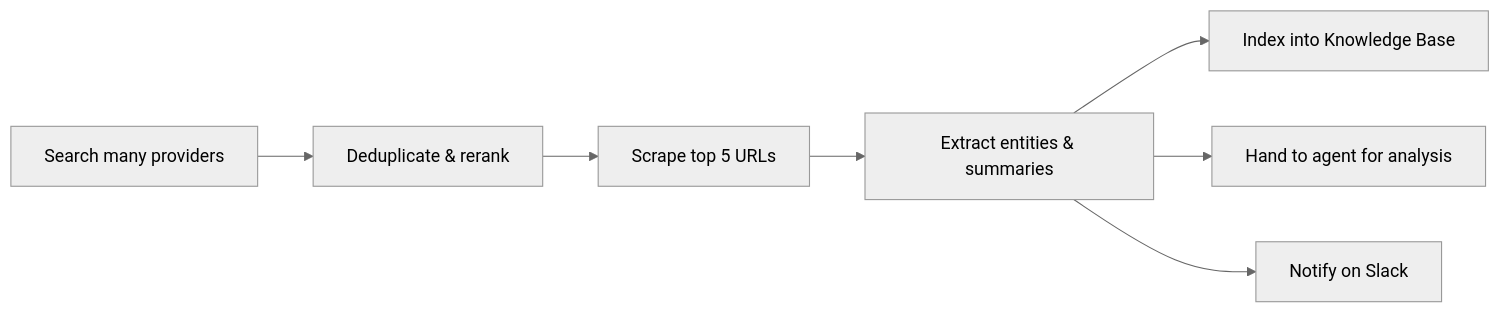
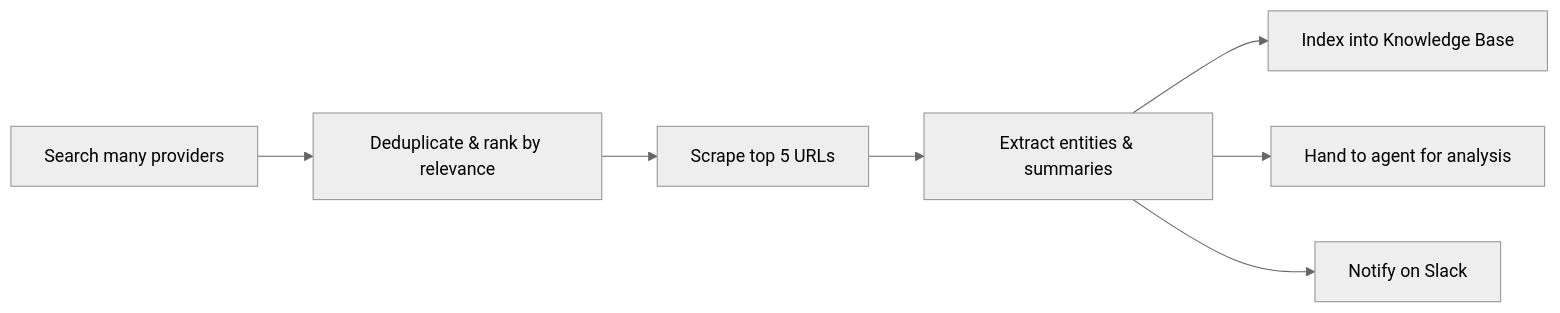
Before and after one commit to marmancakbay/mintlify-docs: the diagram in web-intel/overview.mdx, drawn with Mermaid (neutral theme). The commit also changed other lines of this file and 174 other files, not shown here.

````diff
--- a/web-intel/overview.mdx
+++ b/web-intel/overview.mdx
@@ -37,9 +37,9 @@
 ```mermaid
 flowchart LR
-    Search[Search many providers] --> Dedup[Deduplicate & rerank]
+    Search[Search many providers] --> Dedup[Deduplicate & rank by relevance]
     Dedup --> Scrape[Scrape top 5 URLs]
     Scrape --> Extract[Extract entities & summaries]
-    Extract --> Vector[Index into Knowledge Base]
+    Extract --> Index[Index into Knowledge Base]
     Extract --> Agent[Hand to agent for analysis]
     Extract --> Notify[Notify on Slack]
 ```
````
